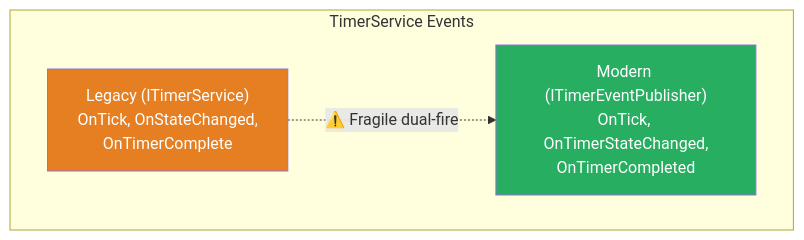
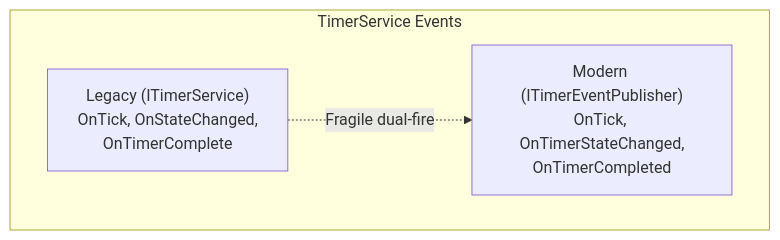
Before and after one commit to Nayeem170/Pomodoro: the eighth of 9 diagrams in CODEMAP.md, drawn with Mermaid. The commit also changed other lines of this file, not shown here.

Commit message:
docs: remove background colors from CODEMAP diagrams

````diff
--- a/CODEMAP.md
+++ b/CODEMAP.md
@@ -437,13 +417,10 @@
 ```mermaid
 graph TB
     subgraph Events["TimerService Events"]
         direction LR
         Old["Legacy (ITimerService)<br/>OnTick, OnStateChanged,<br/>OnTimerComplete"]
         New["Modern (ITimerEventPublisher)<br/>OnTick, OnTimerStateChanged,<br/>OnTimerCompleted"]
     end
 
-    Old -.->|"⚠️ Fragile dual-fire"| New
-
-    style Old fill:#e67e22,color:#fff
-    style New fill:#27ae60,color:#fff
+    Old -.->|"Fragile dual-fire"| New
 ```
````
